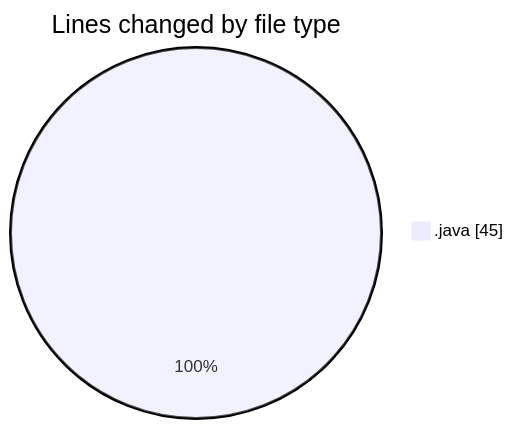
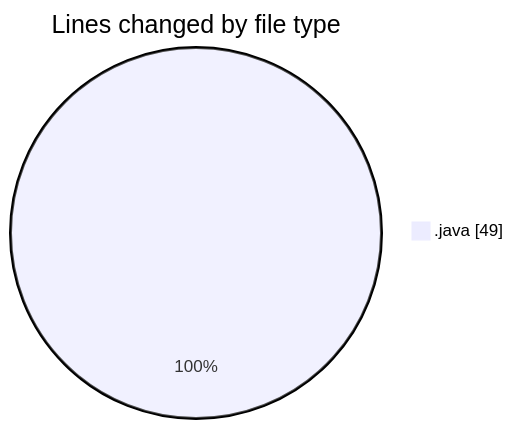
One commit to NitaiMahat/code-tracking changed the first of 2 diagrams in 2025-03-08/computer_202/README.md. Above: the diagram before and after it, drawn with Mermaid. The commit also changed other lines of this file and 1 other file, not shown here.

````diff
--- a/2025-03-08/computer_202/README.md
+++ b/2025-03-08/computer_202/README.md
@@ -20,5 +21,5 @@
 ```mermaid
 pie showData
 title Lines changed by file type
-".java" : 45
+".java" : 49
 ```
````
